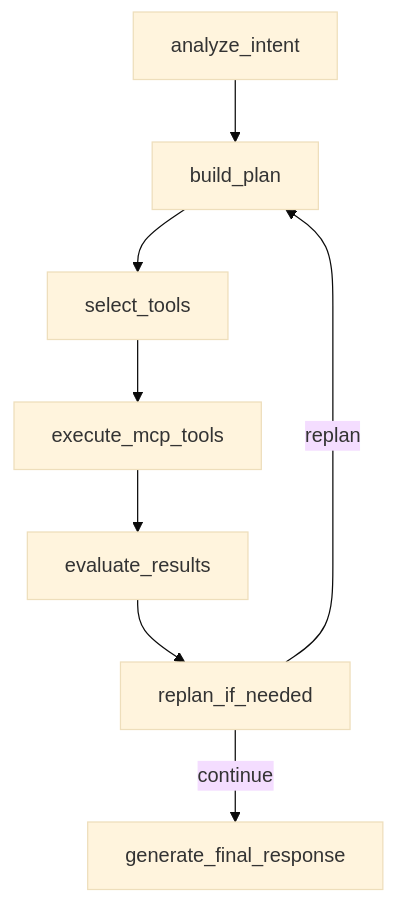
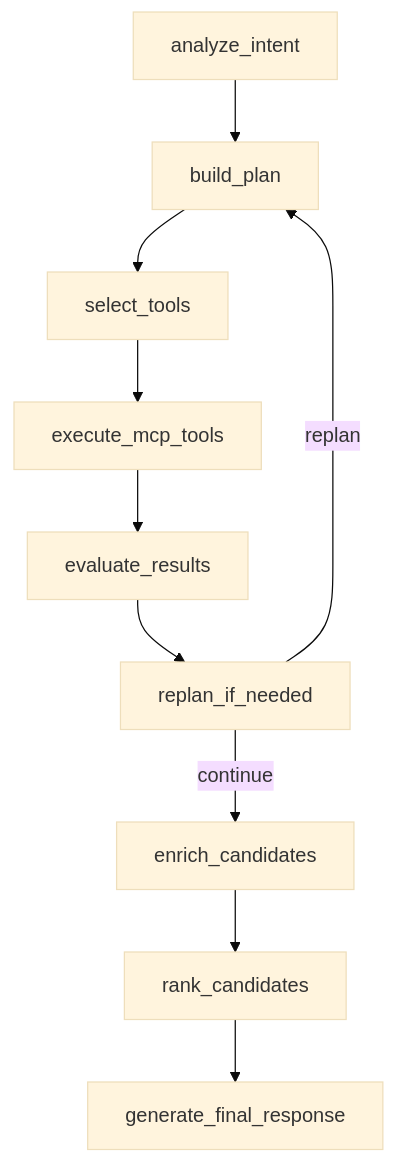
Before and after one commit to SIJO-TECHNOLOGY/agent0: the second of 2 diagrams in apps/agent-api/docs/langgraph-agent-design.md, drawn with Mermaid (base theme). The commit also changed other lines of this file and 58 other files, not shown here.

````diff
--- a/apps/agent-api/docs/langgraph-agent-design.md
+++ b/apps/agent-api/docs/langgraph-agent-design.md
@@ -11,10 +47,12 @@
 ```mermaid
 flowchart TD
     A["analyze_intent"] --> B["build_plan"]
     B --> C["select_tools"]
     C --> D["execute_mcp_tools"]
     D --> E["evaluate_results"]
     E --> F["replan_if_needed"]
     F -->|replan| B
-    F -->|continue| G["generate_final_response"]
+    F -->|continue| G["enrich_candidates"]
+    G --> H["rank_candidates"]
+    H --> I["generate_final_response"]
 ```
````
